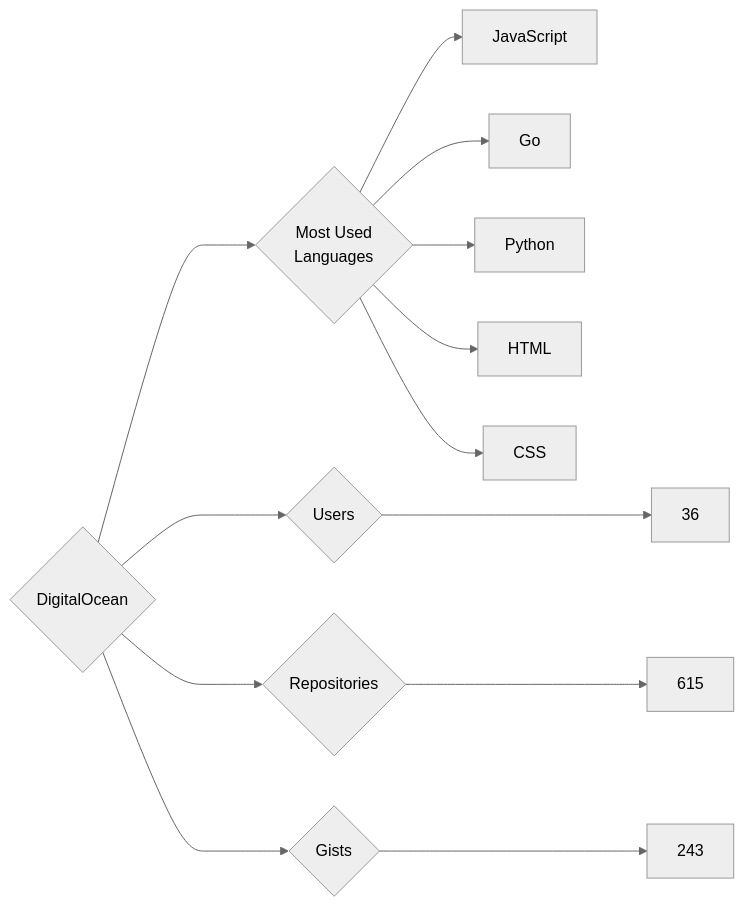
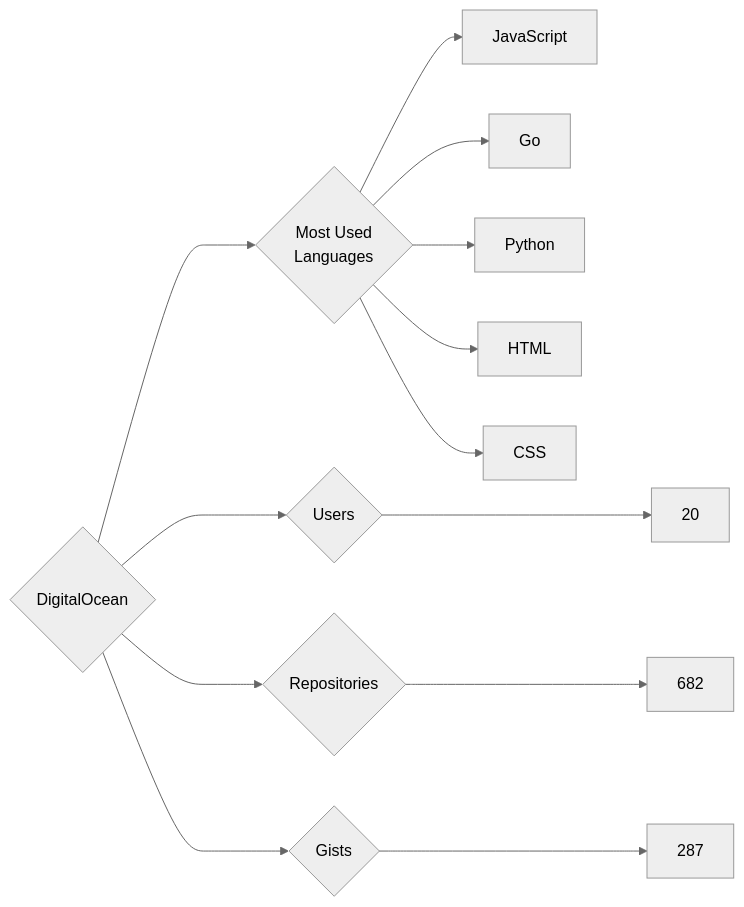
One commit to trickest/insiders changed the diagram in targets/DigitalOcean/README.md. Above: the diagram before and after it, drawn with Mermaid (neutral theme). The commit also changed 682 other files, not shown here.

````diff
--- a/targets/DigitalOcean/README.md
+++ b/targets/DigitalOcean/README.md
@@ -3,13 +3,13 @@
 ```mermaid
 graph LR
 COMPANY_NAME{DigitalOcean}
-COMPANY_NAME ---> U{Users} ---> UN[36]
-COMPANY_NAME ---> R{Repositories} ---> RN[615]
-COMPANY_NAME ---> G{Gists} ---> GN[243]
+COMPANY_NAME ---> U{Users} ---> UN[20]
+COMPANY_NAME ---> R{Repositories} ---> RN[682]
+COMPANY_NAME ---> G{Gists} ---> GN[287]
 COMPANY_NAME ---> ML{Most Used<br>Languages}
 ML --> JavaScript[JavaScript]
 ML --> Go[Go]
 ML --> Python[Python]
 ML --> HTML[HTML]
 ML --> CSS[CSS]
 ```
````
